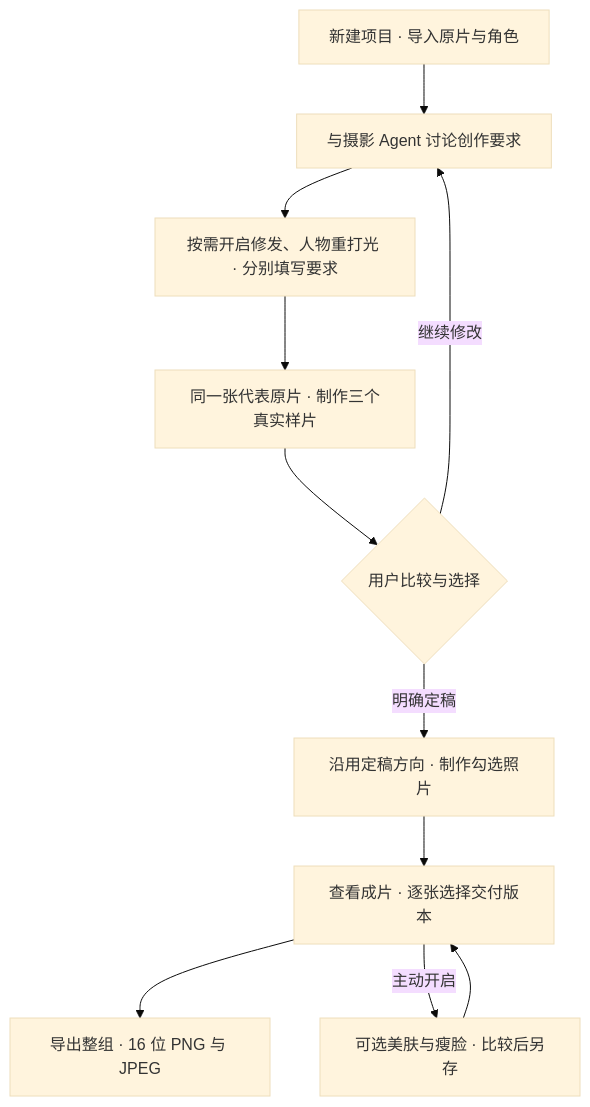
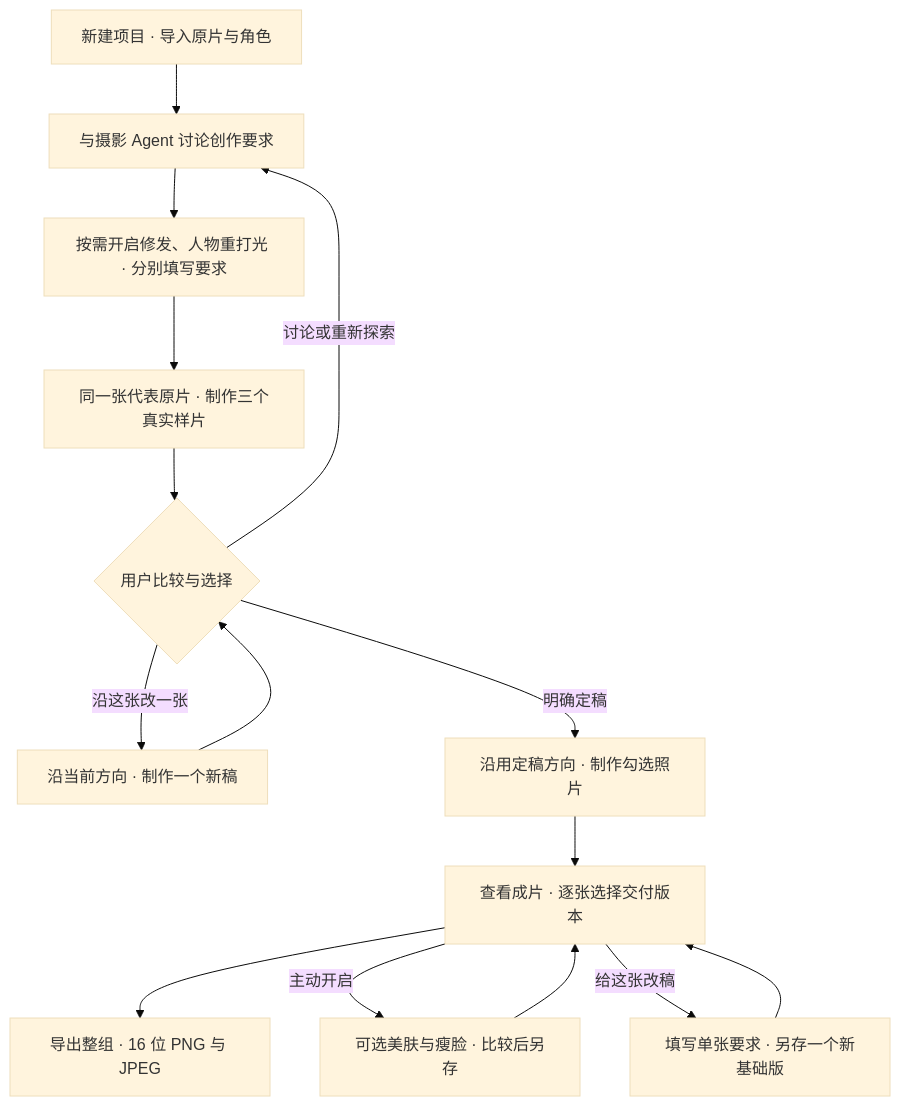
Before and after one commit to Magnus0100/cosluma: the diagram in README.md, drawn with Mermaid (base theme). The commit also changed other lines of this file and 9 other files, not shown here.

````diff
--- a/README.md
+++ b/README.md
@@ -9,13 +9,17 @@
 ```mermaid
 flowchart TD
     A[新建项目 · 导入原片与角色] --> B[与摄影 Agent 讨论创作要求]
     B --> I[按需开启修发、人物重打光 · 分别填写要求]
     I --> C[同一张代表原片 · 制作三个真实样片]
     C --> D{用户比较与选择}
-    D -->|继续修改| B
+    D -->|讨论或重新探索| B
+    D -->|沿这张改一张| R[沿当前方向 · 制作一个新稿]
+    R --> D
     D -->|明确定稿| E[沿用定稿方向 · 制作勾选照片]
     E --> F[查看成片 · 逐张选择交付版本]
     F --> G[导出整组 · 16 位 PNG 与 JPEG]
     F -->|主动开启| H[可选美肤与瘦脸 · 比较后另存]
     H --> F
+    F -->|给这张改稿| J[填写单张要求 · 另存一个新基础版]
+    J --> F
 ```
````
